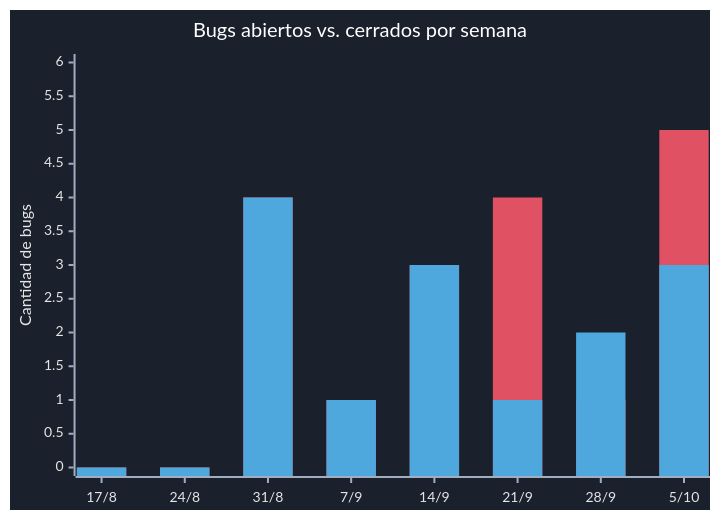
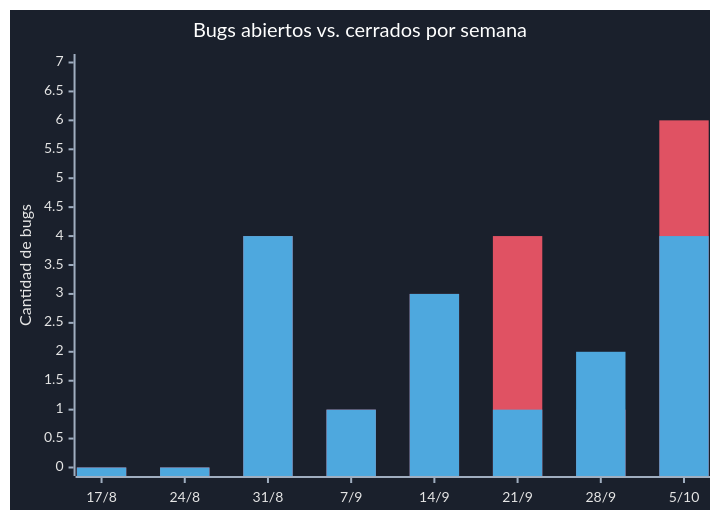
Before and after one commit to VED-VirtualExperienceDevelopment/bistrolink: the diagram in docs/dashboard-bugs-github.md, drawn with Mermaid. The commit also changed other lines of this file, not shown here.

Commit message:
chore: actualizar dashboard de bugs

````diff
--- a/docs/dashboard-bugs-github.md
+++ b/docs/dashboard-bugs-github.md
@@ -27,24 +27,24 @@
 ```mermaid
 %%{init: {'theme':'base', 'themeVariables': {
   'background': '#1a202c',
   'xyChart': {
     'backgroundColor': '#1a202c',
     'titleColor': '#ffffff',
     'xAxisLabelColor': '#e6e6e6',
     'xAxisTitleColor': '#e6e6e6',
     'xAxisTickColor': '#a0aec0',
     'xAxisLineColor': '#a0aec0',
     'yAxisLabelColor': '#e6e6e6',
     'yAxisTitleColor': '#e6e6e6',
     'yAxisTickColor': '#a0aec0',
     'yAxisLineColor': '#a0aec0',
     'plotColorPalette': '#e05263, #4ea8de'
   }
 }}}%%
 xychart-beta
     title "Bugs abiertos vs. cerrados por semana"
     x-axis ["17/8", "24/8", "31/8", "7/9", "14/9", "21/9", "28/9", "5/10"]
-    y-axis "Cantidad de bugs" 0 --> 6
-    bar "Abiertos" [0, 0, 4, 1, 3, 4, 1, 5]
-    bar "Cerrados" [0, 0, 4, 1, 3, 1, 2, 3]
+    y-axis "Cantidad de bugs" 0 --> 7
+    bar "Abiertos" [0, 0, 4, 1, 3, 4, 1, 6]
+    bar "Cerrados" [0, 0, 4, 1, 3, 1, 2, 4]
 ```
````
